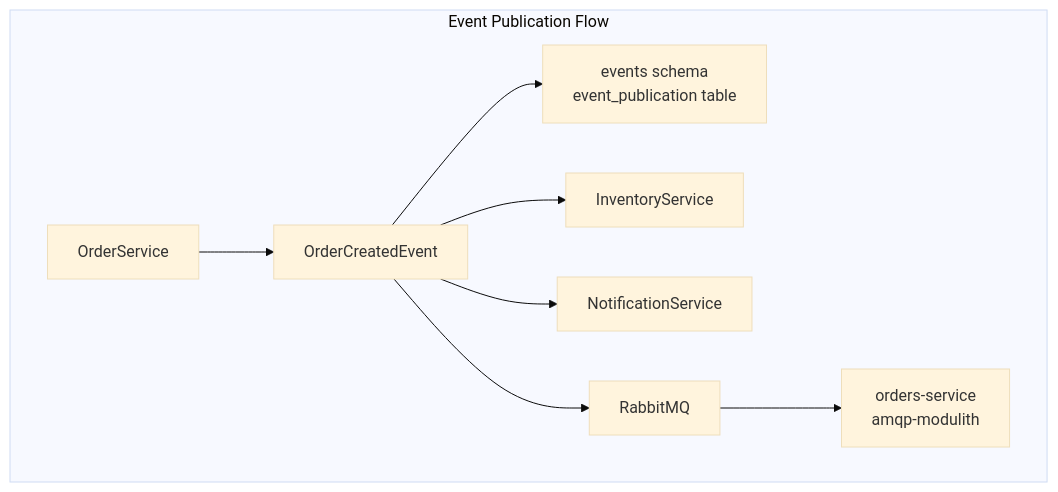
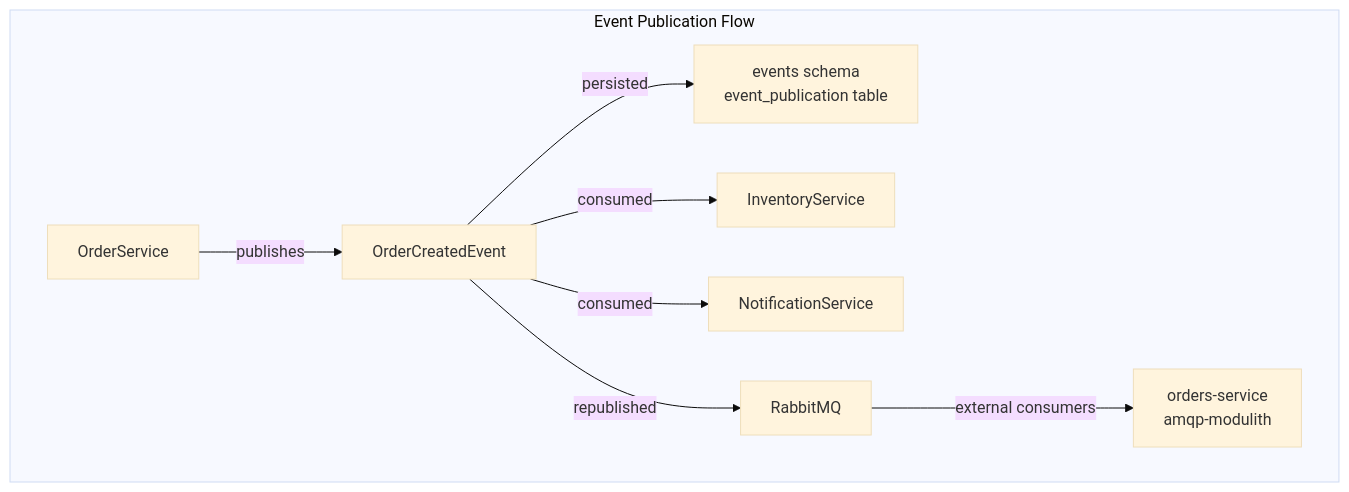
One commit to philipz/spring-modular-monolith changed the third of 6 diagrams in docs/deepwiki/Business-Modules.md. Above: the diagram before and after it, drawn with Mermaid (base theme). The commit also changed other lines of this file and 55 other files, not shown here.

````diff
--- a/docs/deepwiki/Business-Modules.md
+++ b/docs/deepwiki/Business-Modules.md
@@ -153,27 +153,27 @@
 ```mermaid
 flowchart TD
 
 OS["OrderService"]
 OC["OrderCreatedEvent"]
 JDBC["events schema<br>event_publication table"]
 IS["InventoryService"]
 NS["NotificationService"]
 RMQ["RabbitMQ"]
 EXT["orders-service<br>amqp-modulith"]
 
 subgraph subGraph0 ["Event Publication Flow"]
     OS
     OC
     JDBC
     IS
     NS
     RMQ
     EXT
-    OS --> OC
-    OC --> JDBC
-    OC --> IS
-    OC --> NS
-    OC --> RMQ
-    RMQ --> EXT
+    OS -->|"publishes"| OC
+    OC -->|"persisted"| JDBC
+    OC -->|"consumed"| IS
+    OC -->|"consumed"| NS
+    OC -->|"republished"| RMQ
+    RMQ -->|"external consumers"| EXT
 end
 ```
````
